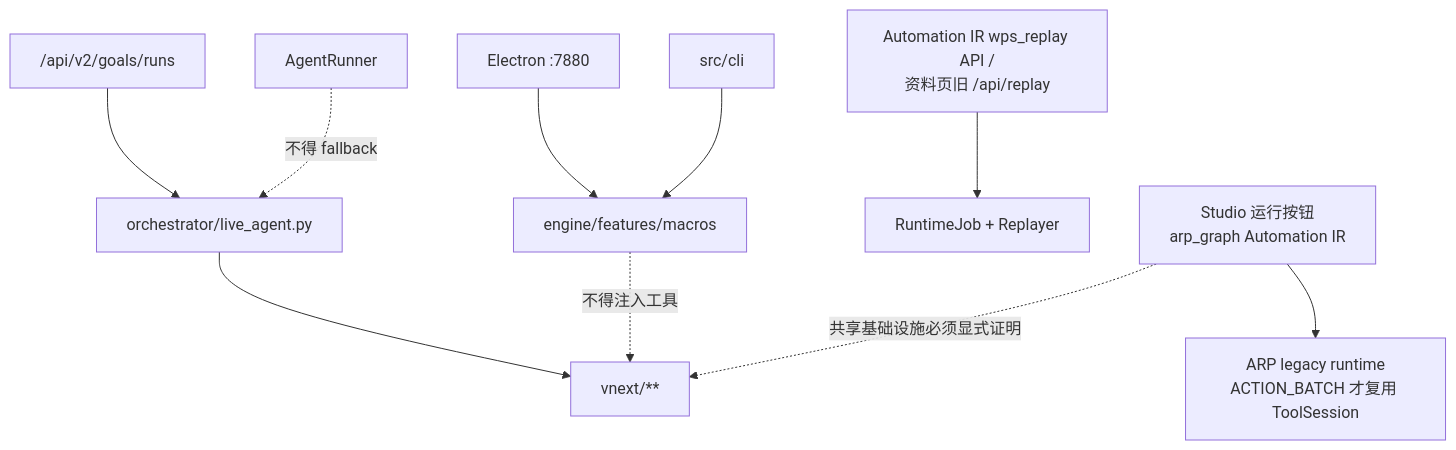
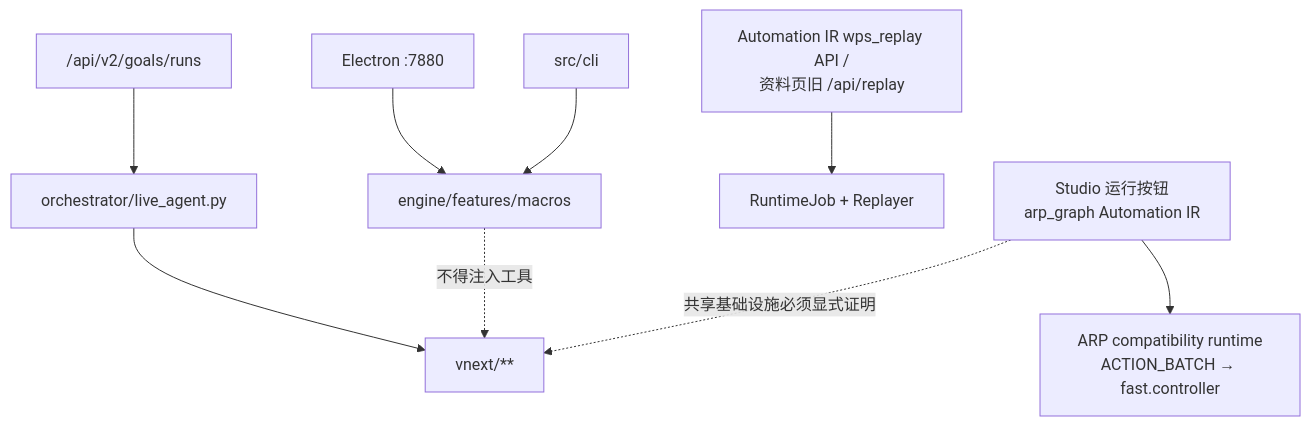
One commit to zoujiapeng/lingdong-script changed the fourth of 4 diagrams in docs/project-guide/01-system-architecture.md. Above: the diagram before and after it, drawn with Mermaid. The commit also changed other lines of this file and 23 other files, not shown here.

Commit message:
Document simplified post-migration architecture

````diff
--- a/docs/project-guide/01-system-architecture.md
+++ b/docs/project-guide/01-system-architecture.md
@@ -354,14 +346,13 @@
 ```mermaid
 flowchart TB
   Product["/api/v2/goals/runs"] --> Live["orchestrator/live_agent.py"]
   Live --> VNext["vnext/**"]
 
-  Studio["Studio 运行按钮\narp_graph Automation IR"] --> ARP["ARP legacy runtime\nACTION_BATCH 才复用 ToolSession"]
+  Studio["Studio 运行按钮\narp_graph Automation IR"] --> ARP["ARP compatibility runtime\nACTION_BATCH → fast.controller"]
   WPS["Automation IR wps_replay API /\n资料页旧 /api/replay"] --> Replay["RuntimeJob + Replayer"]
   Local7880["Electron :7880"] --> OldBridges["engine/features/macros"]
   CLI["src/cli"] --> OldBridges
 
-  AgentRunner -. "不得 fallback" .-> Live
   OldBridges -. "不得注入工具" .-> VNext
   Studio -. "共享基础设施必须显式证明" .-> VNext
 ```
````
